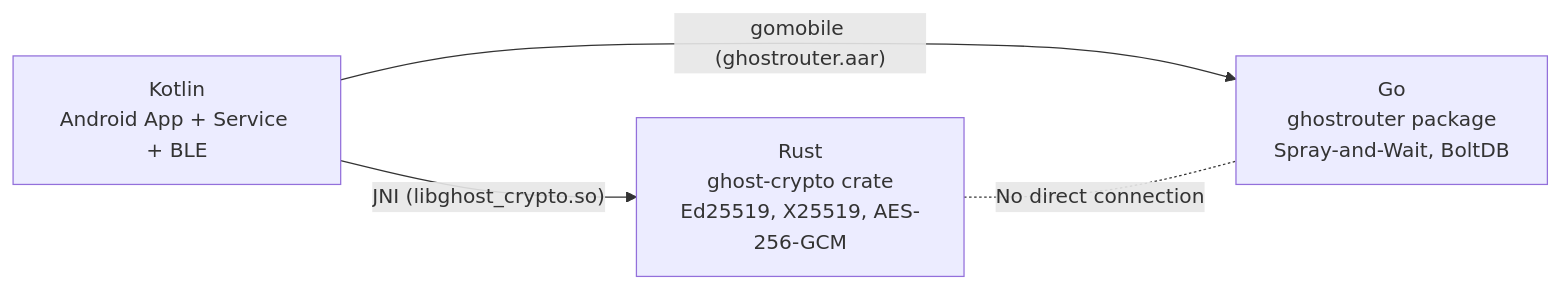
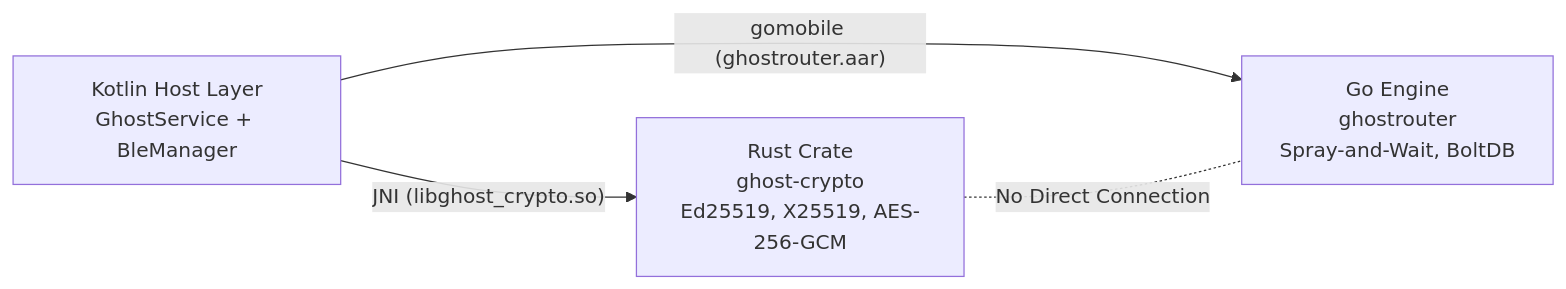
One commit to sanromarth/ghost-protocol changed the second of 7 diagrams in docs/architecture/system-diagram.md. Above: the diagram before and after it, drawn with Mermaid. The commit also changed other lines of this file and 12 other files, not shown here.

````diff
--- a/docs/architecture/system-diagram.md
+++ b/docs/architecture/system-diagram.md
@@ -52,10 +62,10 @@
 ```mermaid
 graph LR
-    Kotlin[Kotlin<br>Android App + Service + BLE]
-    Rust[Rust<br>ghost-crypto crate<br>Ed25519, X25519, AES-256-GCM]
-    Go[Go<br>ghostrouter package<br>Spray-and-Wait, BoltDB]
+    Kotlin[Kotlin Host Layer<br>GhostService + BleManager]
+    Rust[Rust Crate<br>ghost-crypto<br>Ed25519, X25519, AES-256-GCM]
+    Go[Go Engine<br>ghostrouter<br>Spray-and-Wait, BoltDB]
 
     Kotlin -- "JNI (libghost_crypto.so)" --> Rust
     Kotlin -- "gomobile (ghostrouter.aar)" --> Go
-    Rust -. "No direct connection" .- Go
+    Rust -. "No Direct Connection" .- Go
 ```
````
